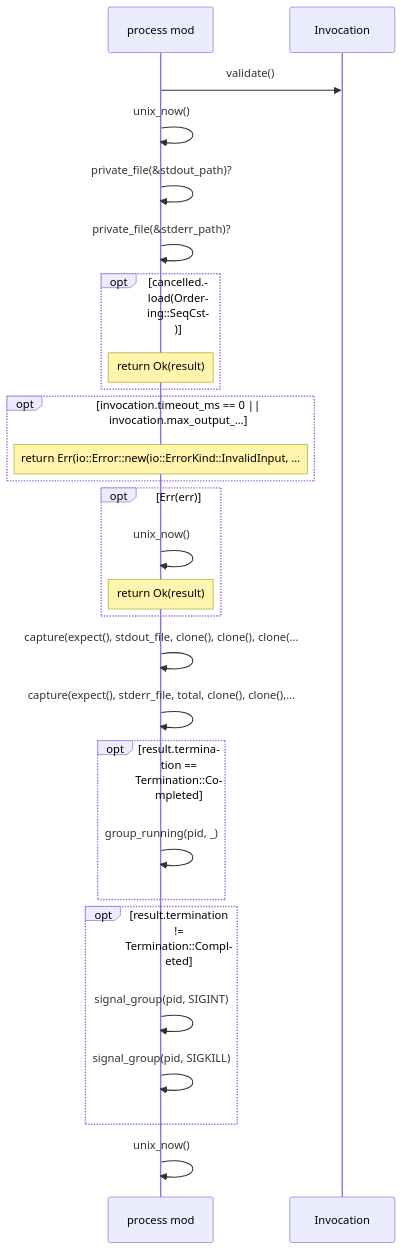
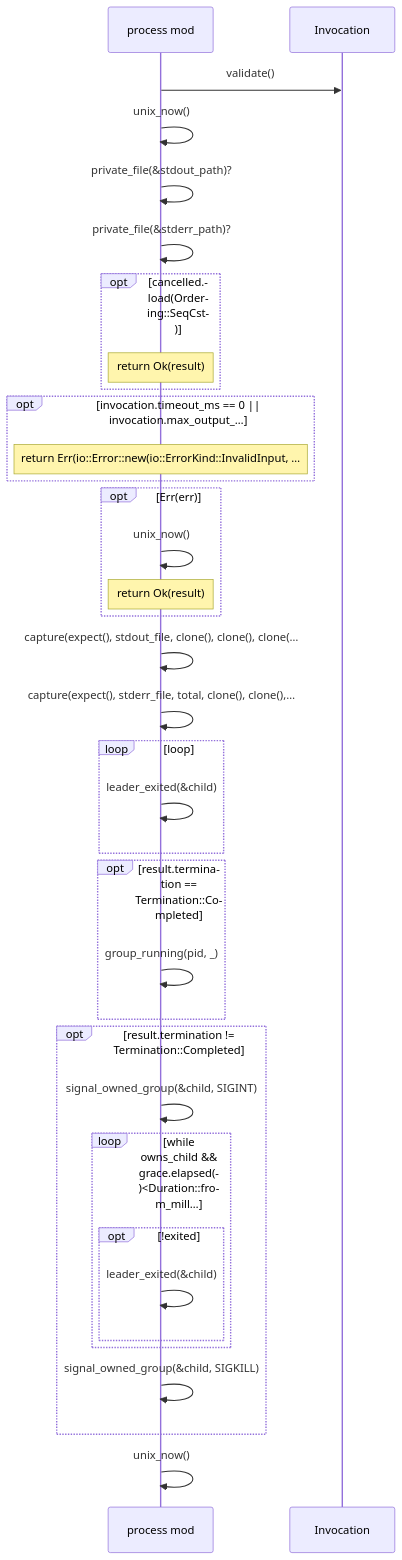
One commit to DreamLab-AI/visioncraft changed the seventh of 7 diagrams in docs/diagrams/generated/src/process.rs.md. Above: the diagram before and after it, drawn with Mermaid. The commit also changed other lines of this file and 10 other files, not shown here.

Commit message:
Verify final release architecture and refresh generated diagrams

````diff
--- a/docs/diagrams/generated/src/process.rs.md
+++ b/docs/diagrams/generated/src/process.rs.md
@@ -182,29 +182,37 @@
 ```mermaid
 sequenceDiagram
   participant visioncraft__process as process mod
   participant visioncraft__plan___tInvocation as Invocation
   visioncraft__process->>visioncraft__plan___tInvocation: validate()
   visioncraft__process->>visioncraft__process: unix_now()
   visioncraft__process->>visioncraft__process: private_file(&stdout_path)?
   visioncraft__process->>visioncraft__process: private_file(&stderr_path)?
   opt cancelled.load(Ordering::SeqCst)
     Note over visioncraft__process: return Ok(result)
   end
   opt invocation.timeout_ms == 0 || invocation.max_output_…
     Note over visioncraft__process: return Err(io::Error::new(io::ErrorKind::InvalidInput, …
   end
   opt Err(err)
     visioncraft__process->>visioncraft__process: unix_now()
     Note over visioncraft__process: return Ok(result)
   end
   visioncraft__process->>visioncraft__process: capture(expect(), stdout_file, clone(), clone(), clone(…
   visioncraft__process->>visioncraft__process: capture(expect(), stderr_file, total, clone(), clone(),…
+  loop loop
+    visioncraft__process->>visioncraft__process: leader_exited(&child)
+  end
   opt result.termination == Termination::Completed
     visioncraft__process->>visioncraft__process: group_running(pid, _)
   end
   opt result.termination != Termination::Completed
-    visioncraft__process->>visioncraft__process: signal_group(pid, SIGINT)
-    visioncraft__process->>visioncraft__process: signal_group(pid, SIGKILL)
+    visioncraft__process->>visioncraft__process: signal_owned_group(&child, SIGINT)
+    loop while owns_child && grace.elapsed()<Duration::from_mill…
+      opt !exited
+        visioncraft__process->>visioncraft__process: leader_exited(&child)
+      end
+    end
+    visioncraft__process->>visioncraft__process: signal_owned_group(&child, SIGKILL)
   end
   visioncraft__process->>visioncraft__process: unix_now()
 ```
````
